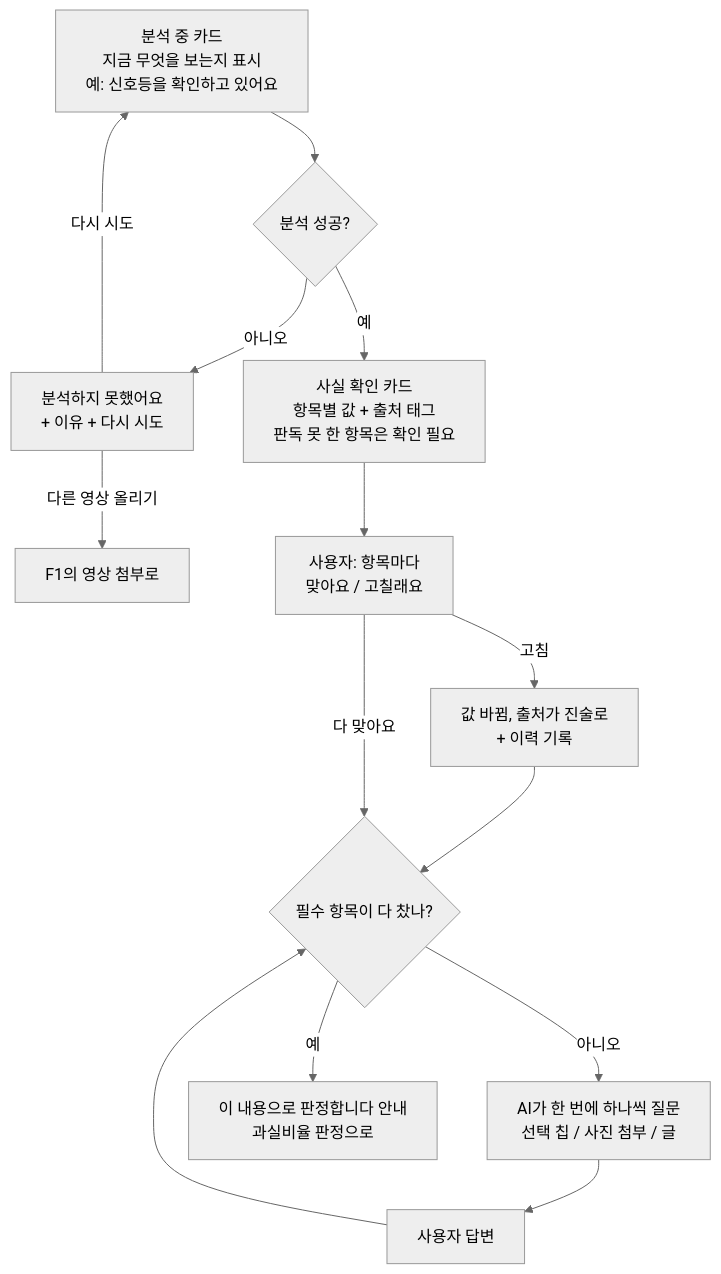
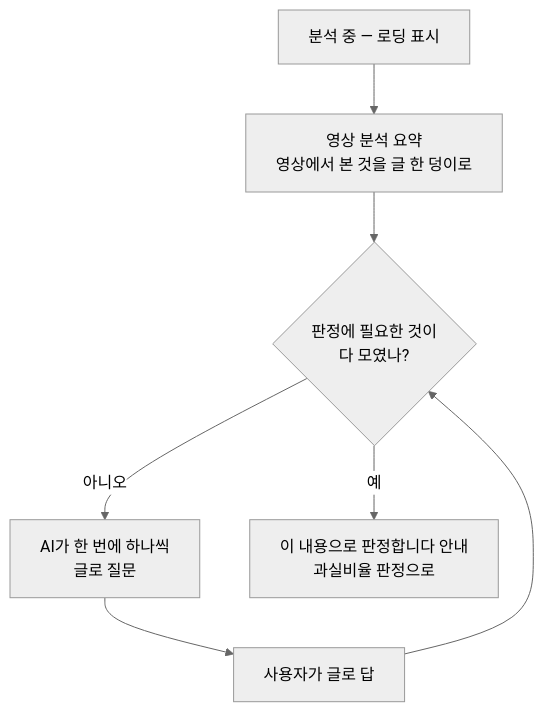
One commit to zinnli/fairway changed the fourth of 8 diagrams in docs/handoff/03_유저플로우.md. Above: the diagram before and after it, drawn with Mermaid (neutral theme). The commit also changed other lines of this file and 112 other files, not shown here.

````diff
--- a/docs/handoff/03_유저플로우.md
+++ b/docs/handoff/03_유저플로우.md
@@ -77,16 +76,9 @@
 ```mermaid
 flowchart TD
-  A["분석 중 카드<br/>지금 무엇을 보는지 표시<br/>예: 신호등을 확인하고 있어요"] --> B{"분석 성공?"}
-  B -->|아니오| C["분석하지 못했어요<br/>+ 이유 + 다시 시도"]
-  C -->|다시 시도| A
-  C -->|다른 영상 올리기| D["F1의 영상 첨부로"]
-  B -->|예| E["사실 확인 카드<br/>항목별 값 + 출처 태그<br/>판독 못 한 항목은 확인 필요"]
-  E --> F["사용자: 항목마다<br/>맞아요 / 고칠래요"]
-  F -->|고침| G["값 바뀜, 출처가 진술로<br/>+ 이력 기록"]
-  G --> H{"필수 항목이 다 찼나?"}
-  F -->|다 맞아요| H
-  H -->|아니오| I["AI가 한 번에 하나씩 질문<br/>선택 칩 / 사진 첨부 / 글"]
-  I --> J["사용자 답변"]
+  A["분석 중 — 로딩 표시"] --> E["영상 분석 요약<br/>영상에서 본 것을 글 한 덩이로"]
+  E --> H{"판정에 필요한 것이<br/>다 모였나?"}
+  H -->|아니오| I["AI가 한 번에 하나씩<br/>글로 질문"]
+  I --> J["사용자가 글로 답"]
   J --> H
   H -->|예| K["이 내용으로 판정합니다 안내<br/>과실비율 판정으로"]
 ```
````
